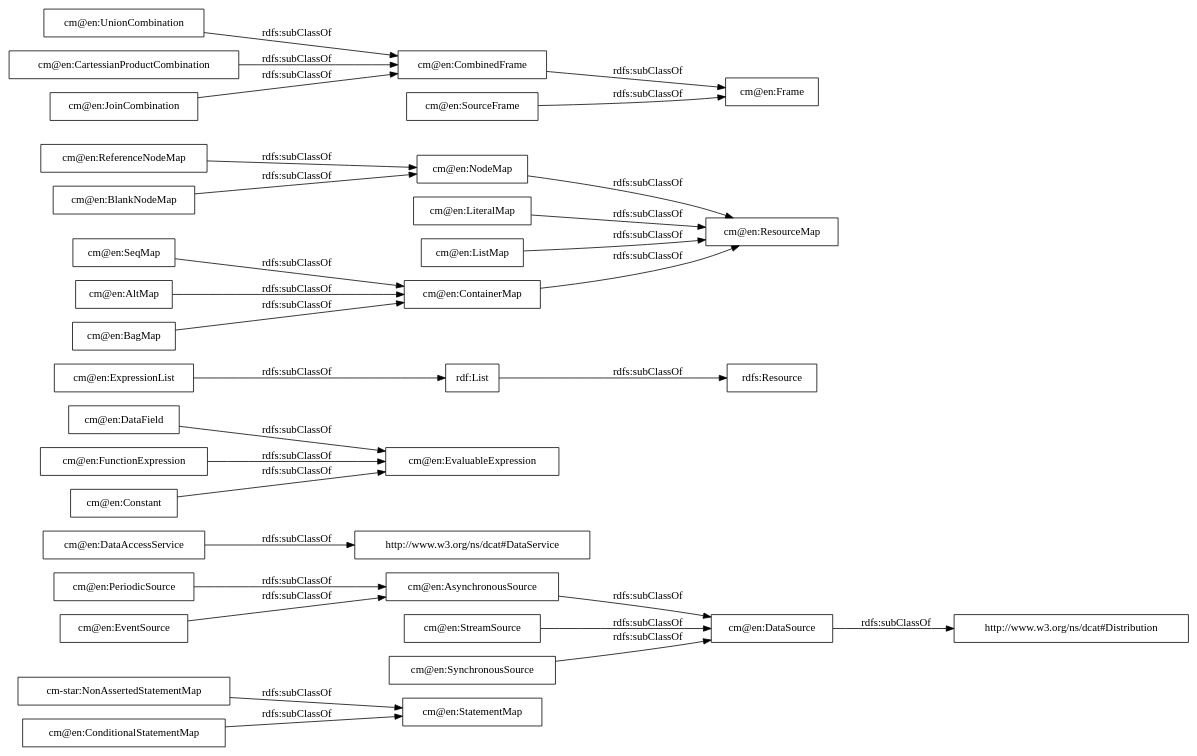
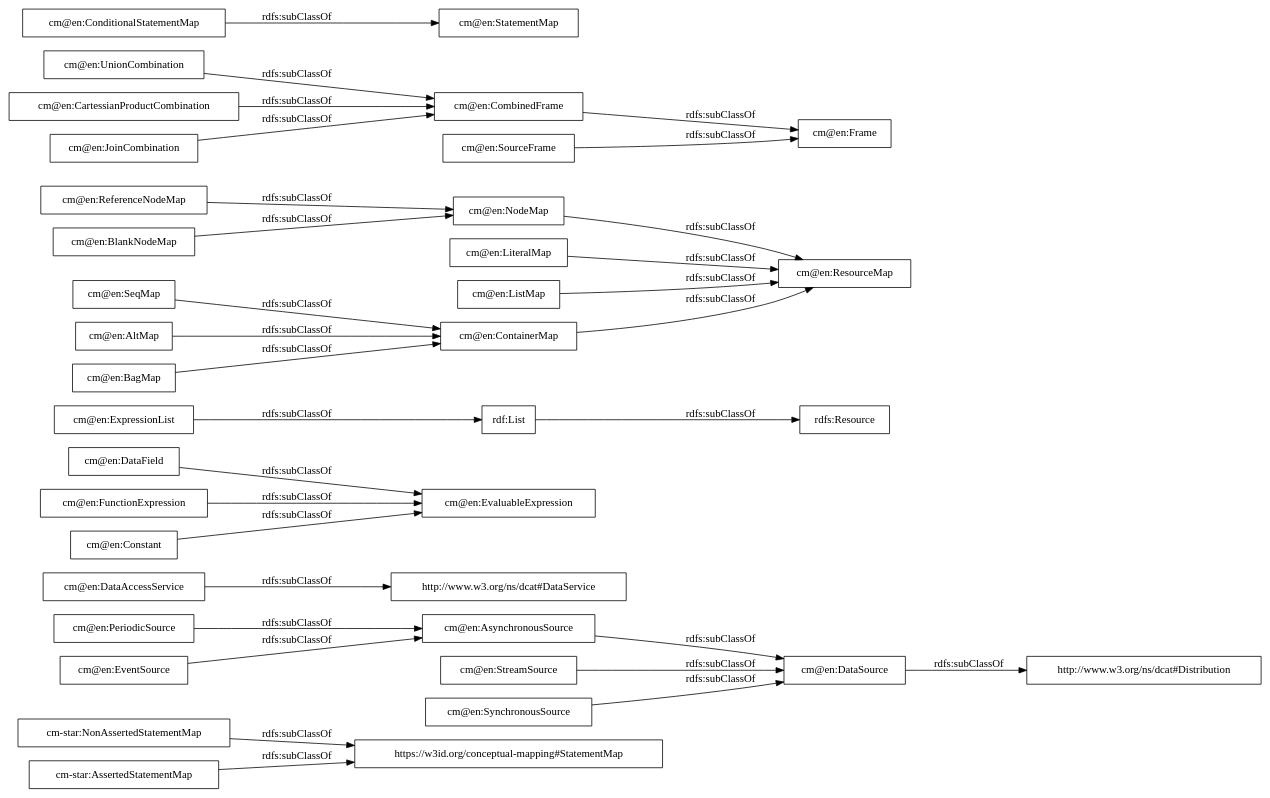
One commit to OnToologyUser/CM-star-extension changed the diagram in OnToology/ontology/CM-star.owl/diagrams/ar2dtool-taxonomy/CM-star.owl.png.dot. Above: the diagram before and after it, drawn with Graphviz. The commit also changed 14 other files, not shown here.

```diff
--- a/OnToology/ontology/CM-star.owl/diagrams/ar2dtool-taxonomy/CM-star.owl.png.dot
+++ b/OnToology/ontology/CM-star.owl/diagrams/ar2dtool-taxonomy/CM-star.owl.png.dot
@@ -1,34 +1,35 @@
 digraph ar2dtool_diagram { 
 rankdir=LR;
 size="1000"
-node [shape = rectangle, color="black"]; "cm-star:NonAssertedStatementMap" "cm@en:PeriodicSource" "cm@en:DataAccessService" "cm@en:DataField" "rdf:List" "cm@en:BlankNodeMap" "http://www.w3.org/ns/dcat#Distribution" "cm@en:AltMap" "http://www.w3.org/ns/dcat#DataService" "cm@en:FunctionExpression" "cm@en:UnionCombination" "cm@en:BagMap" "cm@en:SourceFrame" "cm@en:ExpressionList" "cm@en:StreamSource" "cm@en:EventSource" "cm@en:ResourceMap" "cm@en:EvaluableExpression" "cm@en:ConditionalStatementMap" "rdfs:Resource" "cm@en:DataSource" "cm@en:Frame" "cm@en:LiteralMap" "cm@en:NodeMap" "cm@en:SeqMap" "cm@en:Constant" "cm@en:CombinedFrame" "cm@en:ReferenceNodeMap" "cm@en:CartessianProductCombination" "cm@en:ListMap" "cm@en:JoinCombination" "cm@en:AsynchronousSource" "cm@en:SynchronousSource" "cm@en:StatementMap" "cm@en:ContainerMap" ; /*classes style*/
+node [shape = rectangle, color="black"]; "cm-star:NonAssertedStatementMap" "cm-star:AssertedStatementMap" "https://w3id.org/conceptual-mapping#StatementMap" "cm@en:PeriodicSource" "cm@en:DataAccessService" "cm@en:DataField" "rdf:List" "cm@en:BlankNodeMap" "http://www.w3.org/ns/dcat#Distribution" "cm@en:AltMap" "http://www.w3.org/ns/dcat#DataService" "cm@en:FunctionExpression" "cm@en:UnionCombination" "cm@en:BagMap" "cm@en:SourceFrame" "cm@en:ExpressionList" "cm@en:StreamSource" "cm@en:EventSource" "cm@en:ResourceMap" "cm@en:EvaluableExpression" "cm@en:ConditionalStatementMap" "rdfs:Resource" "cm@en:DataSource" "cm@en:Frame" "cm@en:LiteralMap" "cm@en:NodeMap" "cm@en:SeqMap" "cm@en:Constant" "cm@en:CombinedFrame" "cm@en:ReferenceNodeMap" "cm@en:CartessianProductCombination" "cm@en:ListMap" "cm@en:JoinCombination" "cm@en:AsynchronousSource" "cm@en:SynchronousSource" "cm@en:StatementMap" "cm@en:ContainerMap" ; /*classes style*/
 	"cm@en:ExpressionList" -> "rdf:List" [ label = "rdfs:subClassOf" ];
 	"cm@en:StreamSource" -> "cm@en:DataSource" [ label = "rdfs:subClassOf" ];
 	"cm@en:UnionCombination" -> "cm@en:CombinedFrame" [ label = "rdfs:subClassOf" ];
 	"rdf:List" -> "rdfs:Resource" [ label = "rdfs:subClassOf" ];
 	"cm@en:CartessianProductCombination" -> "cm@en:CombinedFrame" [ label = "rdfs:subClassOf" ];
 	"cm@en:SourceFrame" -> "cm@en:Frame" [ label = "rdfs:subClassOf" ];
-	"cm-star:NonAssertedStatementMap" -> "cm@en:StatementMap" [ label = "rdfs:subClassOf" ];
 	"cm@en:AsynchronousSource" -> "cm@en:DataSource" [ label = "rdfs:subClassOf" ];
+	"cm-star:NonAssertedStatementMap" -> "https://w3id.org/conceptual-mapping#StatementMap" [ label = "rdfs:subClassOf" ];
 	"cm@en:EventSource" -> "cm@en:AsynchronousSource" [ label = "rdfs:subClassOf" ];
 	"cm@en:LiteralMap" -> "cm@en:ResourceMap" [ label = "rdfs:subClassOf" ];
 	"cm@en:BlankNodeMap" -> "cm@en:NodeMap" [ label = "rdfs:subClassOf" ];
 	"cm@en:BagMap" -> "cm@en:ContainerMap" [ label = "rdfs:subClassOf" ];
 	"cm@en:NodeMap" -> "cm@en:ResourceMap" [ label = "rdfs:subClassOf" ];
 	"cm@en:SynchronousSource" -> "cm@en:DataSource" [ label = "rdfs:subClassOf" ];
 	"cm@en:DataField" -> "cm@en:EvaluableExpression" [ label = "rdfs:subClassOf" ];
 	"cm@en:ListMap" -> "cm@en:ResourceMap" [ label = "rdfs:subClassOf" ];
 	"cm@en:ConditionalStatementMap" -> "cm@en:StatementMap" [ label = "rdfs:subClassOf" ];
 	"cm@en:SeqMap" -> "cm@en:ContainerMap" [ label = "rdfs:subClassOf" ];
 	"cm@en:DataSource" -> "http://www.w3.org/ns/dcat#Distribution" [ label = "rdfs:subClassOf" ];
 	"cm@en:ContainerMap" -> "cm@en:ResourceMap" [ label = "rdfs:subClassOf" ];
 	"cm@en:FunctionExpression" -> "cm@en:EvaluableExpression" [ label = "rdfs:subClassOf" ];
 	"cm@en:CombinedFrame" -> "cm@en:Frame" [ label = "rdfs:subClassOf" ];
 	"cm@en:DataAccessService" -> "http://www.w3.org/ns/dcat#DataService" [ label = "rdfs:subClassOf" ];
 	"cm@en:PeriodicSource" -> "cm@en:AsynchronousSource" [ label = "rdfs:subClassOf" ];
 	"cm@en:ReferenceNodeMap" -> "cm@en:NodeMap" [ label = "rdfs:subClassOf" ];
+	"cm-star:AssertedStatementMap" -> "https://w3id.org/conceptual-mapping#StatementMap" [ label = "rdfs:subClassOf" ];
 	"cm@en:AltMap" -> "cm@en:ContainerMap" [ label = "rdfs:subClassOf" ];
 	"cm@en:JoinCombination" -> "cm@en:CombinedFrame" [ label = "rdfs:subClassOf" ];
 	"cm@en:Constant" -> "cm@en:EvaluableExpression" [ label = "rdfs:subClassOf" ];
 
 }
```
